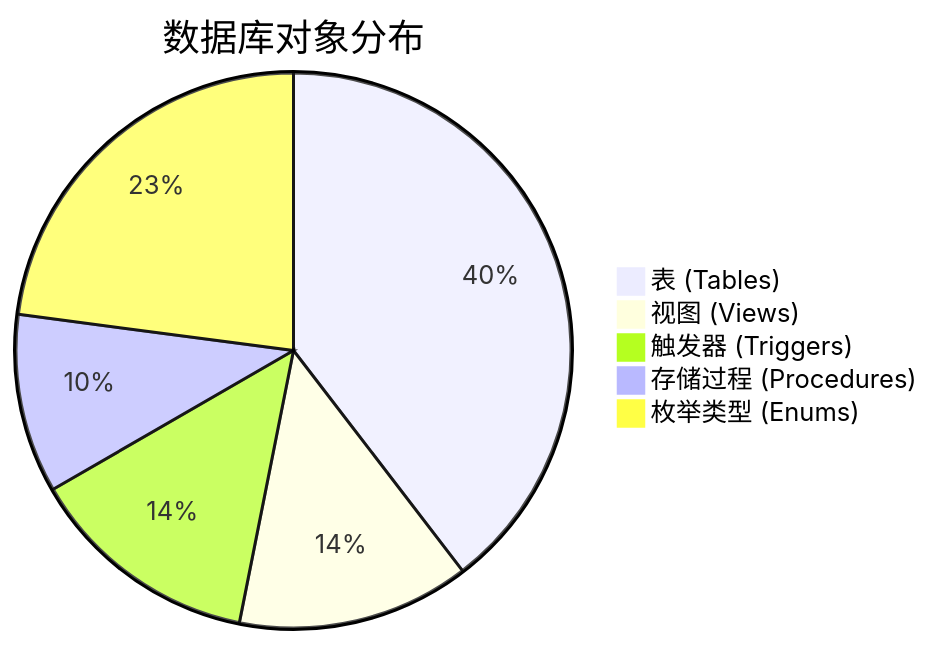
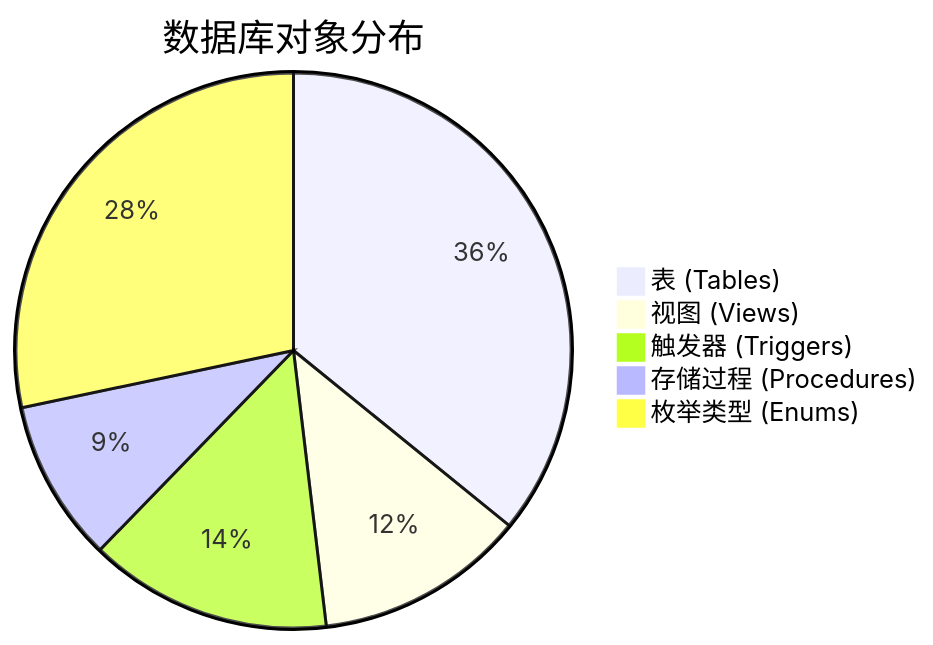
One commit to cmzbutqq/deliver-track changed diagram 19 of 21 in docs/《数据库系统概论》课程设计报告.md. Above: the diagram before and after it, drawn with Mermaid. The commit also changed other lines of this file, not shown here.

````diff
--- a/docs/《数据库系统概论》课程设计报告.md
+++ b/docs/《数据库系统概论》课程设计报告.md
@@ -2611,8 +2613,8 @@
 ```mermaid
 pie title 数据库对象分布
     "表 (Tables)" : 38
     "视图 (Views)" : 13
-    "触发器 (Triggers)" : 13
+    "触发器 (Triggers)" : 15
     "存储过程 (Procedures)" : 10
-    "枚举类型 (Enums)" : 22
+    "枚举类型 (Enums)" : 30
 ```
````
